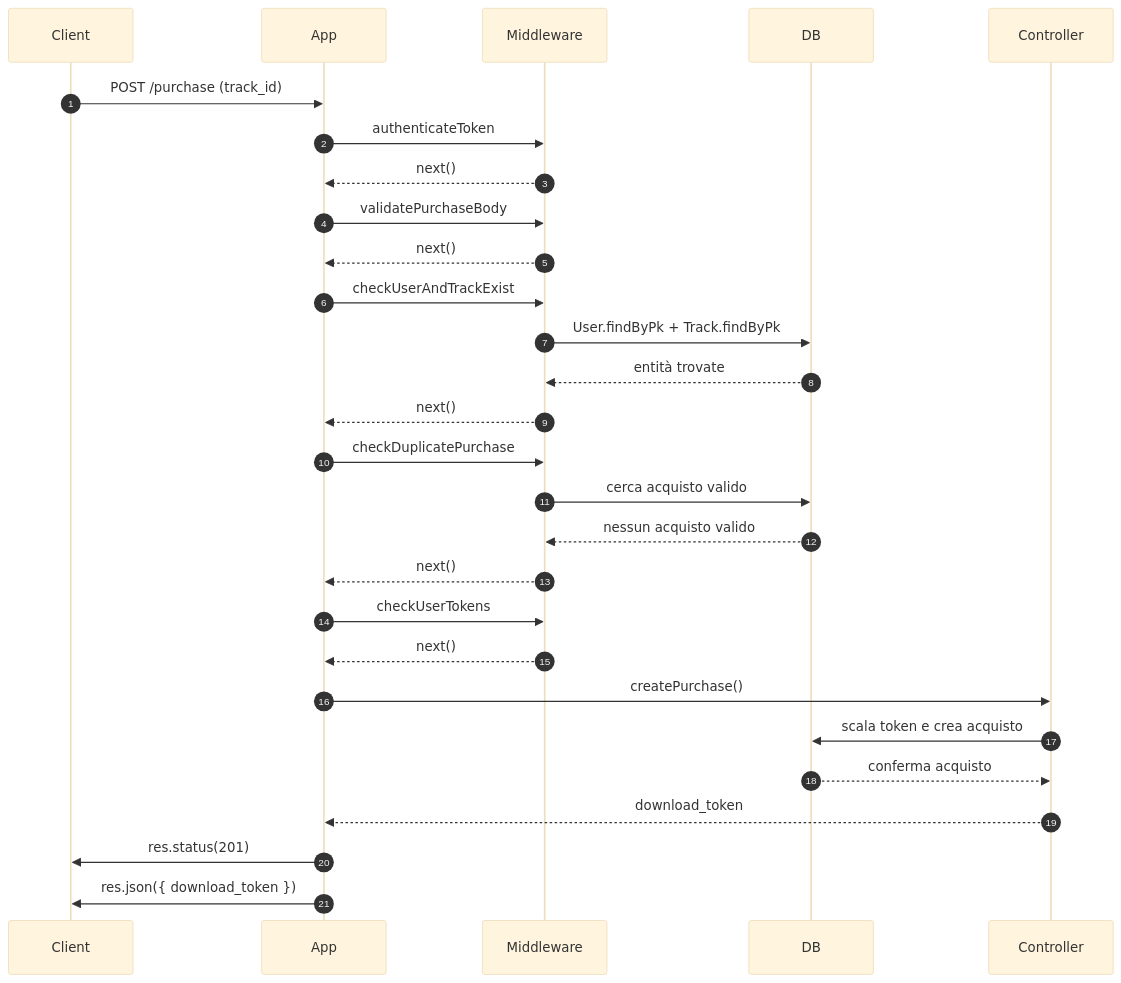
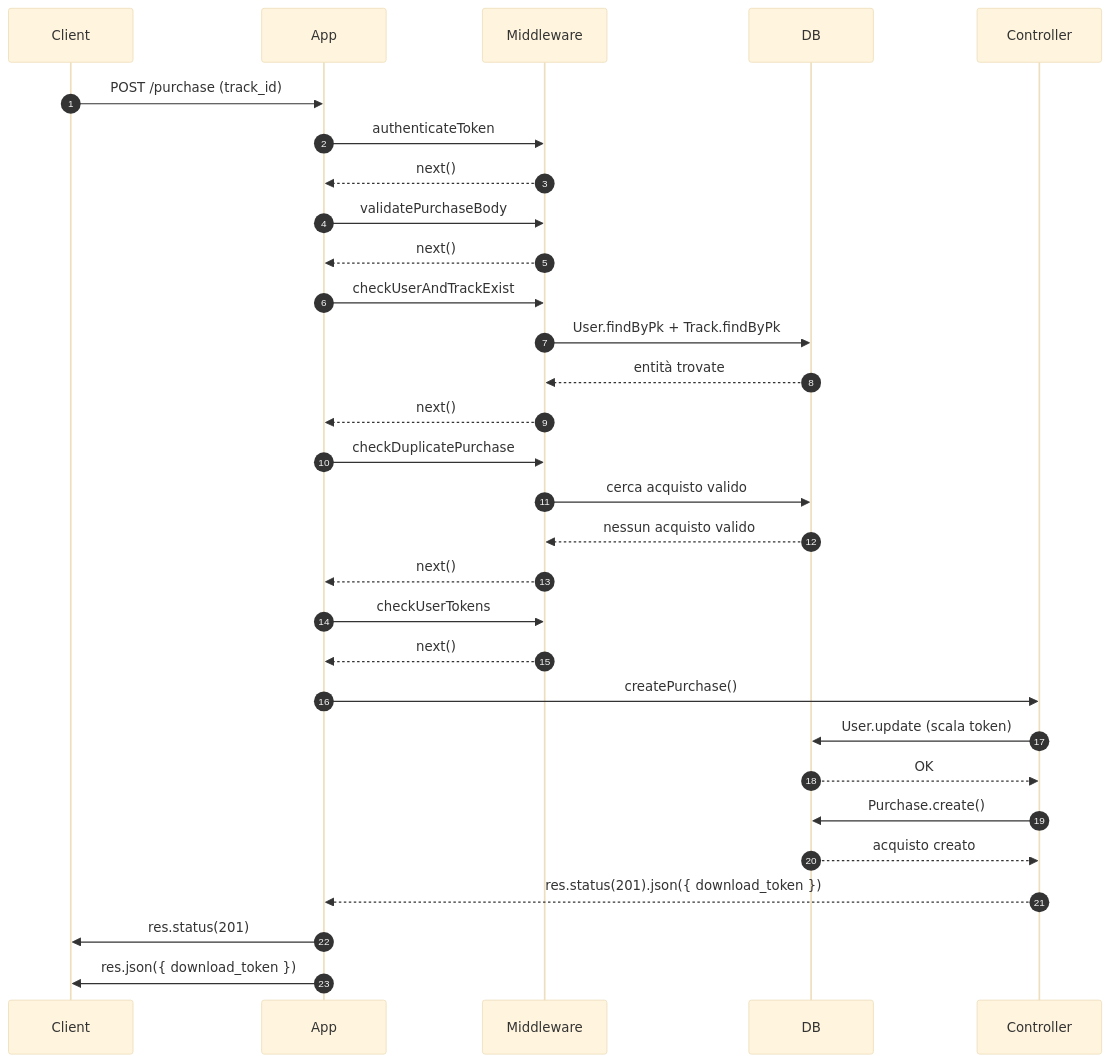
The sixth of 18 diagrams in README.md (Daniel-Diocis/VoidTracksWeb), drawn with Mermaid (base theme) before and after one commit. The commit also changed other lines of this file, not shown here.

````diff
--- a/README.md
+++ b/README.md
@@ -555,38 +554,42 @@
 ```mermaid
 sequenceDiagram
   autonumber
   participant Client
   participant App
   participant Middleware
   participant DB
   participant Controller
 
   Client->>App: POST /purchase (track_id)
 
   App->>Middleware: authenticateToken
   Middleware-->>App: next()
 
   App->>Middleware: validatePurchaseBody
   Middleware-->>App: next()
 
   App->>Middleware: checkUserAndTrackExist
   Middleware->>DB: User.findByPk + Track.findByPk
   DB-->>Middleware: entità trovate
   Middleware-->>App: next()
 
   App->>Middleware: checkDuplicatePurchase
   Middleware->>DB: cerca acquisto valido
   DB-->>Middleware: nessun acquisto valido
   Middleware-->>App: next()
 
   App->>Middleware: checkUserTokens
   Middleware-->>App: next()
 
   App->>Controller: createPurchase()
-  Controller->>DB: scala token e crea acquisto
-  DB-->>Controller: conferma acquisto
-  Controller-->>App: download_token
+  Controller->>DB: User.update (scala token)
+  DB-->>Controller: OK
+
+  Controller->>DB: Purchase.create()
+  DB-->>Controller: acquisto creato
+
+  Controller-->>App: res.status(201).json({ download_token })
 
   App->>Client: res.status(201)
   App->>Client: res.json({ download_token })
 ```
````
